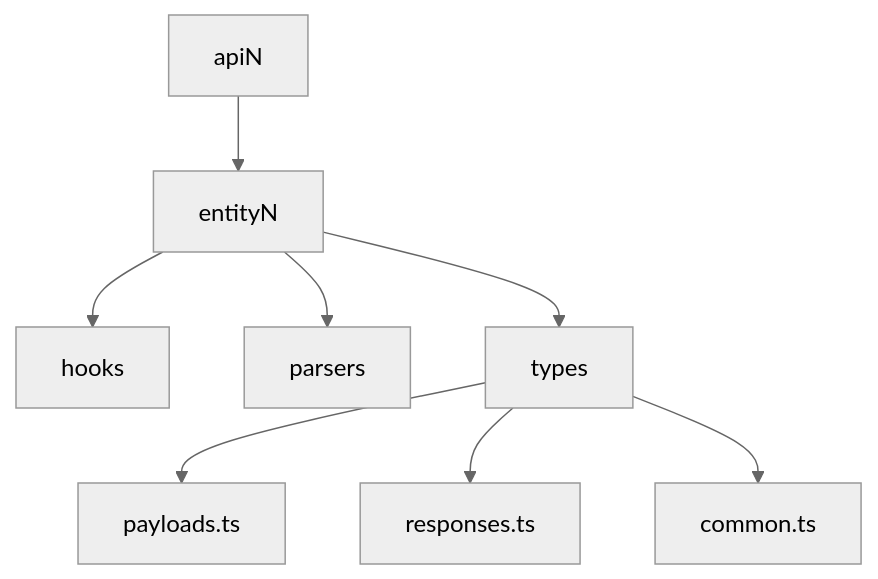
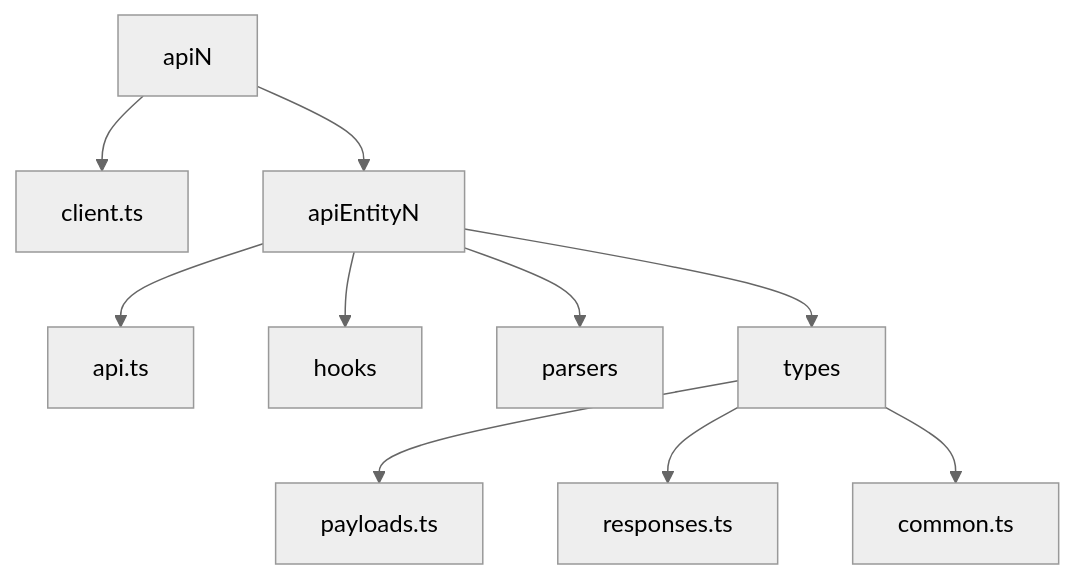
One commit to runespoor-engineering/runespoorstack changed the third of 10 diagrams in apps/archive/docs/engineering-playbook/source-control/simple-react-files-stricture.mdx. Above: the diagram before and after it, drawn with Mermaid (neutral theme). The commit also changed other lines of this file, not shown here.

````diff
--- a/apps/archive/docs/engineering-playbook/source-control/simple-react-files-stricture.mdx
+++ b/apps/archive/docs/engineering-playbook/source-control/simple-react-files-stricture.mdx
@@ -153,10 +146,12 @@
 ```mermaid
 graph TD
-  apiN --> entityN
-  entityN --> hooks
-  entityN --> parsers
-  entityN --> types
-  types --> payloads.ts
-  types --> responses.ts
-  types --> common.ts
+  apiN --> client.ts
+  apiN --> apiEntityN
+  apiEntityN --> api.ts
+  apiEntityN --> apiEntityHooks[hooks]
+  apiEntityN --> apiEntityParsers[parsers]
+  apiEntityN --> apiEntityTypes[types]
+  apiEntityTypes --> payloads.ts
+  apiEntityTypes --> responses.ts
+  apiEntityTypes --> common.ts
 ```
````
